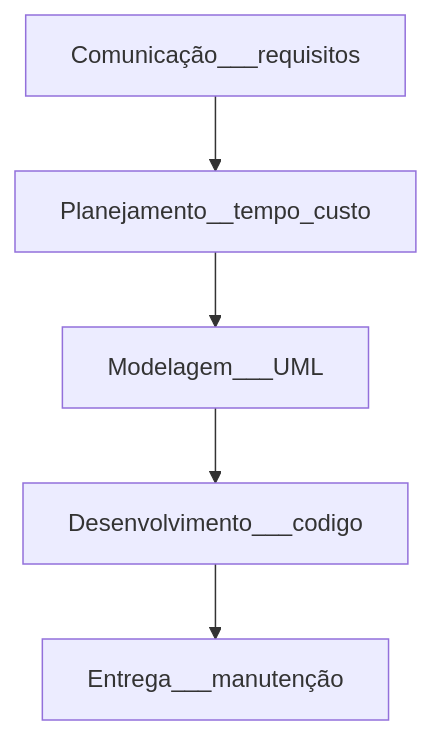
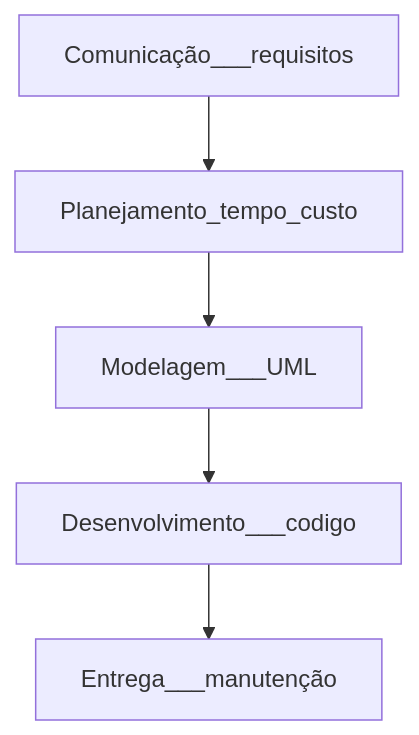
One commit to vanessacezarn/3_Semestre changed the first of 2 diagrams in Engenharia e Requisitos de Software/aula_05 19.03.md. Above: the diagram before and after it, drawn with Mermaid. The commit also changed other lines of this file, not shown here.

````diff
--- a/Engenharia e Requisitos de Software/aula_05 19.03.md
+++ b/Engenharia e Requisitos de Software/aula_05 19.03.md
@@ -5,8 +5,8 @@
 ```mermaid
 graph TD;
-    Comunicação___requisitos --> Planejamento__tempo_custo;
-    Planejamento__tempo_custo --> Modelagem___UML
+    Comunicação___requisitos --> Planejamento_tempo_custo;
+    Planejamento_tempo_custo --> Modelagem___UML
     Modelagem___UML --> Desenvolvimento___codigo
     Desenvolvimento___codigo --> Entrega___manutenção
         
 ```
````
